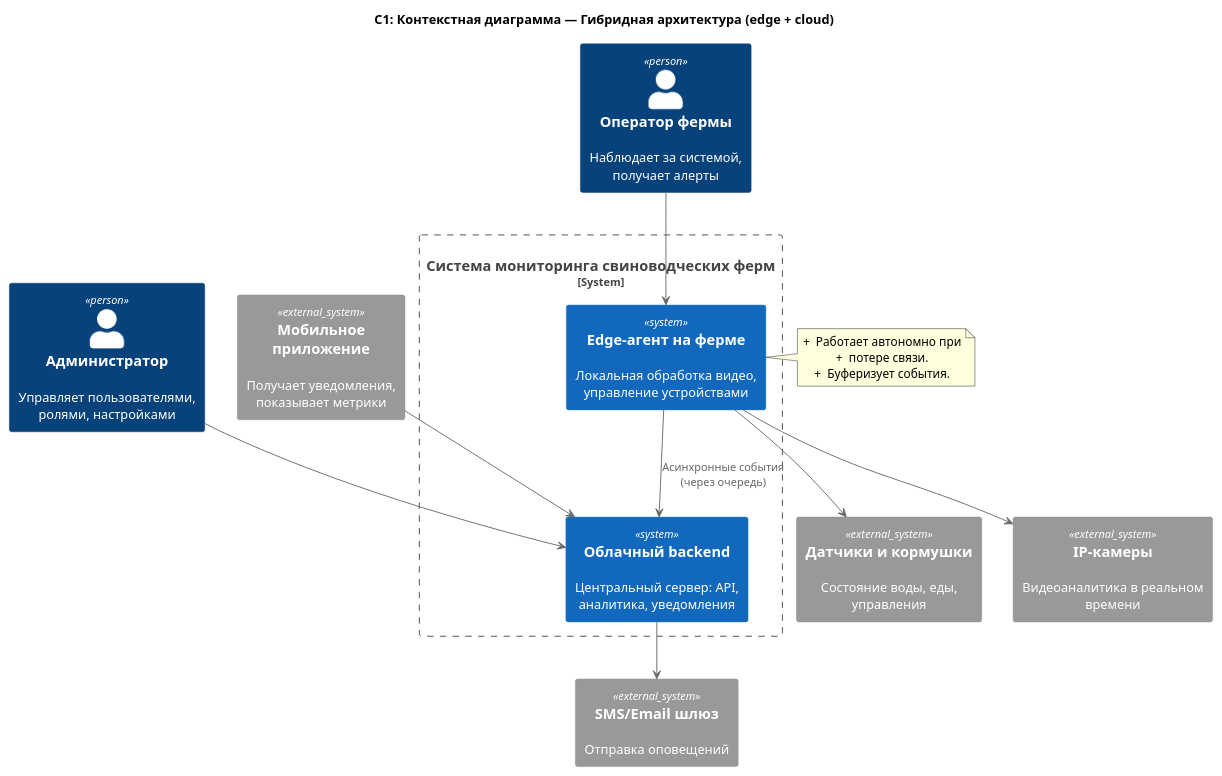
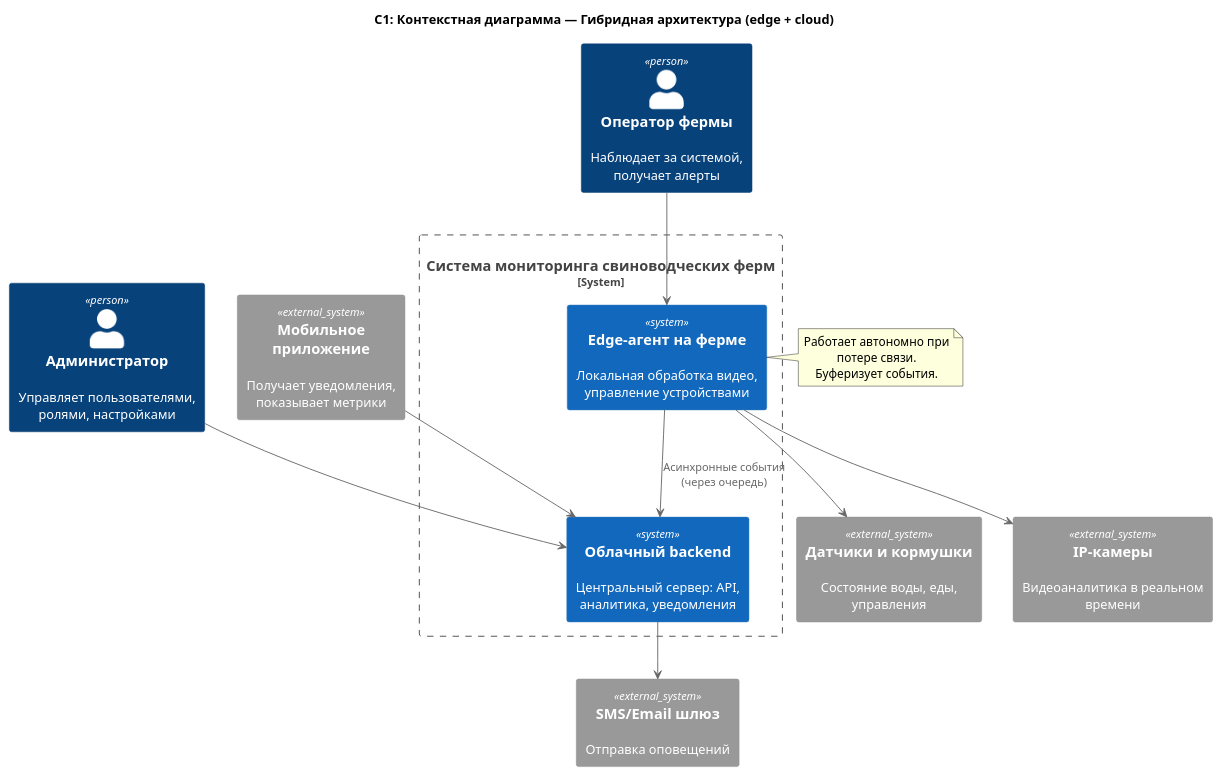
One commit to Lexxar91/MSA-AgroTech changed the diagram in Task1/diagrams/context/variant_a.puml. Above: the diagram before and after it, drawn with PlantUML. The commit also changed 3 other files, not shown here.

```diff
--- a/Task1/diagrams/context/variant_a.puml
+++ b/Task1/diagrams/context/variant_a.puml
@@ -1,34 +1,34 @@
 @startuml
 !include https://raw.githubusercontent.com/plantuml-stdlib/C4-PlantUML/master/C4_Context.puml
 
 title C1: Контекстная диаграмма — Гибридная архитектура (edge + cloud)
 
 Person(operator, "Оператор фермы", "Наблюдает за системой, получает алерты")
 Person(admin, "Администратор", "Управляет пользователями, ролями, настройками")
 System_Ext(mobile, "Мобильное приложение", "Получает уведомления, показывает метрики")
 
 System_Boundary(agro_system, "Система мониторинга свиноводческих ферм") {
     System(cloud_backend, "Облачный backend", "Центральный сервер: API, аналитика, уведомления")
     System(edge_agent, "Edge-агент на ферме", "Локальная обработка видео, управление устройствами")
 }
 
 System_Ext(cameras, "IP-камеры", "Видеоаналитика в реальном времени")
 System_Ext(sensors_feeders, "Датчики и кормушки", "Состояние воды, еды, управления")
 System_Ext(sms_gateway, "SMS/Email шлюз", "Отправка оповещений")
 
 operator --> edge_agent
 admin --> cloud_backend
 mobile --> cloud_backend
 
 edge_agent --> cameras
 edge_agent --> sensors_feeders
 edge_agent --> cloud_backend : Асинхронные события\n(через очередь)
 cloud_backend --> sms_gateway
 
 note right of edge_agent
-  +  Работает автономно при
-  +  потере связи.
-  +  Буферизует события.
+     Работает автономно при
+     потере связи.
+     Буферизует события.
 end note
 
 @enduml
```
